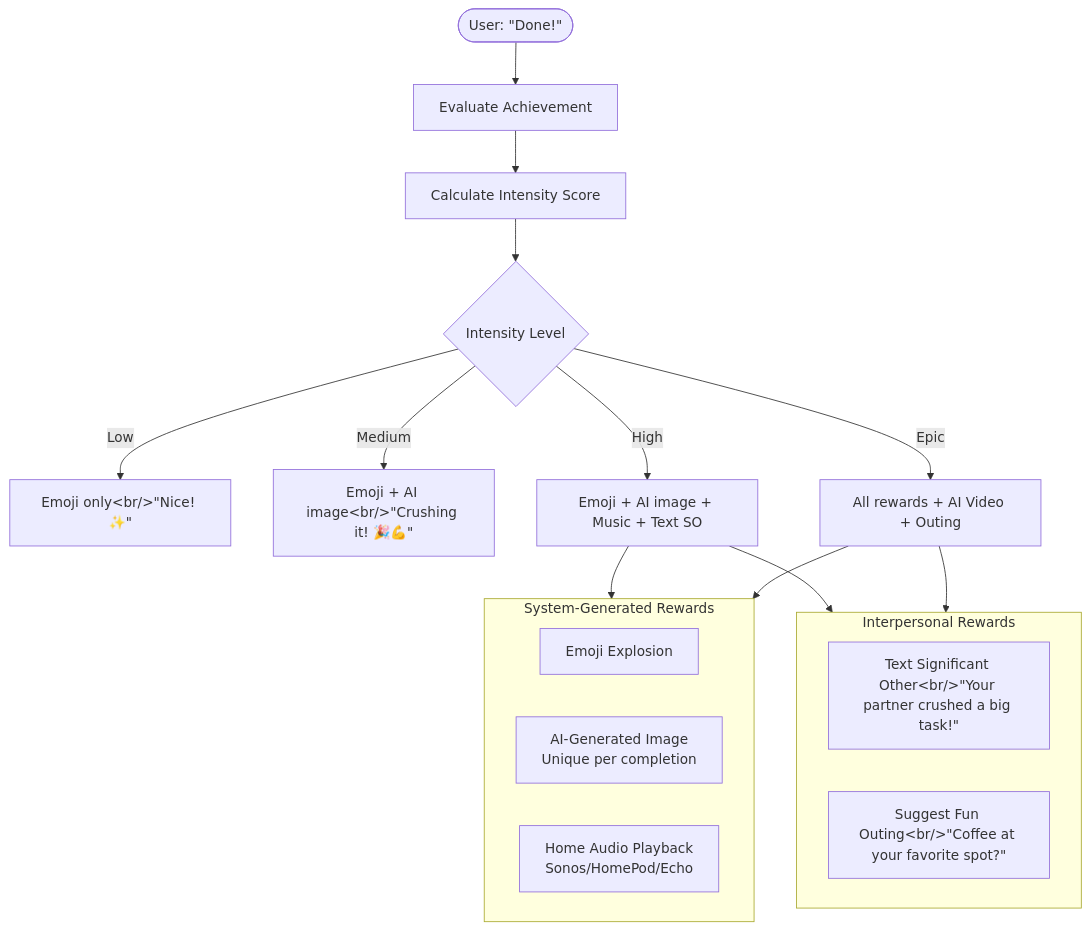
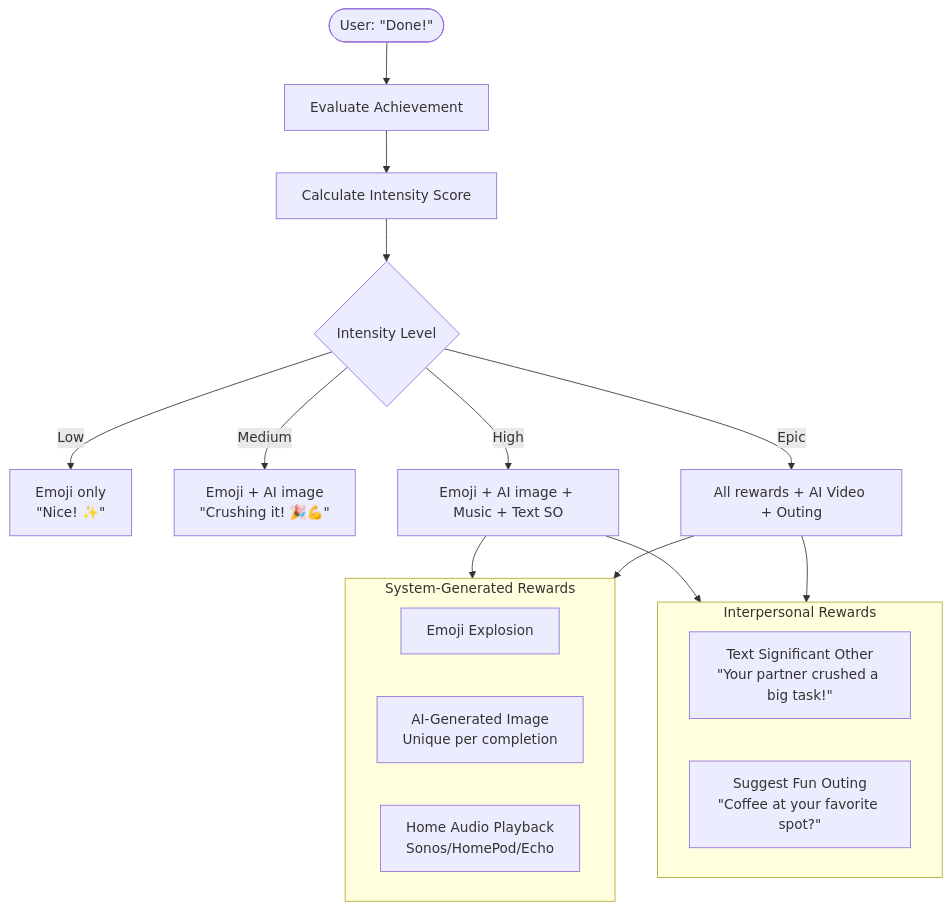
The ninth of 28 diagrams in docs/user-interactions.md (NickBorgersProbably/hide-my-list), drawn with Mermaid before and after one commit. The commit also changed other lines of this file and 1 other file, not shown here.

Commit message:
Fix <br/> line breaks incorrectly escaped as #lt;br/#gt; in Mermaid diagrams
Inside quoted Mermaid labels, <br/> works directly for line breaks.
The #lt;br/#gt; escape renders as literal text instead of a line break.

````diff
--- a/docs/user-interactions.md
+++ b/docs/user-interactions.md
@@ -258,29 +258,29 @@
 ```mermaid
 flowchart TD
     Done(["User: #quot;Done!#quot;"]) --> Evaluate[Evaluate Achievement]
 
     Evaluate --> Score[Calculate Intensity Score]
     Score --> Level{Intensity Level}
 
-    Level -->|Low| LowReward["Emoji only#lt;br/#gt;#quot;Nice! ✨#quot;"]
-    Level -->|Medium| MedReward["Emoji + AI image#lt;br/#gt;#quot;Crushing it! 🎉💪#quot;"]
+    Level -->|Low| LowReward["Emoji only<br/>#quot;Nice! ✨#quot;"]
+    Level -->|Medium| MedReward["Emoji + AI image<br/>#quot;Crushing it! 🎉💪#quot;"]
     Level -->|High| HighReward[Emoji + AI image + Music + Text SO]
     Level -->|Epic| EpicReward[All rewards + AI Video + Outing]
 
     subgraph SystemRewards["System-Generated Rewards"]
         Emoji[Emoji Explosion]
         AIImage[AI-Generated Image<br/>Unique per completion]
         
         Music[Home Audio Playback<br/>Sonos/HomePod/Echo]
     end
 
     subgraph InterpersonalRewards["Interpersonal Rewards"]
-        TextSO["Text Significant Other#lt;br/#gt;#quot;Your partner crushed a big task!#quot;"]
-        Outing["Suggest Fun Outing#lt;br/#gt;#quot;Coffee at your favorite spot?#quot;"]
+        TextSO["Text Significant Other<br/>#quot;Your partner crushed a big task!#quot;"]
+        Outing["Suggest Fun Outing<br/>#quot;Coffee at your favorite spot?#quot;"]
     end
 
     HighReward --> SystemRewards
     HighReward --> InterpersonalRewards
     EpicReward --> SystemRewards
     EpicReward --> InterpersonalRewards
 ```
````
